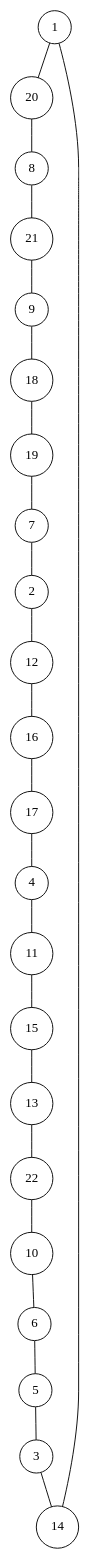
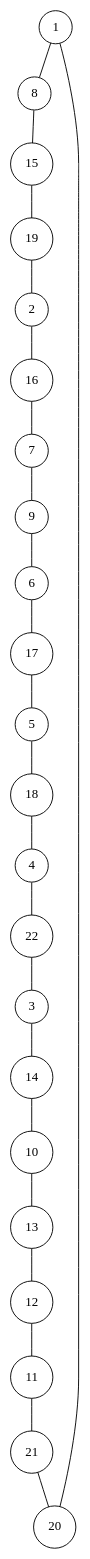
The diagram in data_tsplib/ulysses22/ulysses22.0.dot (lugot/tsp-approximation), drawn with Graphviz before and after one commit. The commit also changed 69 other files, not shown here.

```diff
--- a/data_tsplib/ulysses22/ulysses22.0.dot
+++ b/data_tsplib/ulysses22/ulysses22.0.dot
@@ -1,48 +1,48 @@
 graph ulysses22 {
 	node [shape=circle fillcolor=white]
-	1 [ pos = "18.549600,9.905409!"]
-	2 [ pos = "19.194761,12.684938!"]
-	3 [ pos = "19.674994,12.282319!"]
-	4 [ pos = "17.589134,11.215135!"]
-	5 [ pos = "16.240602,5.112782!"]
-	6 [ pos = "18.219743,5.913170!"]
-	7 [ pos = "18.636915,6.359447!"]
-	8 [ pos = "18.200340,9.915110!"]
-	9 [ pos = "20.000000,4.414261!"]
-	10 [ pos = "19.970895,6.330342!"]
-	11 [ pos = "17.501819,-2.527286!"]
-	12 [ pos = "18.661169,7.339316!"]
-	13 [ pos = "18.505942,7.446034!"]
-	14 [ pos = "18.195489,7.358719!"]
-	15 [ pos = "17.215620,6.946398!"]
-	16 [ pos = "19.092894,9.488237!"]
-	17 [ pos = "18.476837,11.816638!"]
-	18 [ pos = "17.506670,11.156925!"]
-	19 [ pos = "19.616784,6.582585!"]
-	20 [ pos = "19.563425,6.863934!"]
-	21 [ pos = "19.582828,6.902741!"]
-	22 [ pos = "18.224594,10.943488!"]
+	1 [ pos = "4.637400,2.476352!"]
+	2 [ pos = "4.798690,3.171235!"]
+	3 [ pos = "4.918748,3.070580!"]
+	4 [ pos = "4.397284,2.803784!"]
+	5 [ pos = "4.060150,1.278195!"]
+	6 [ pos = "4.554936,1.478293!"]
+	7 [ pos = "4.659229,1.589862!"]
+	8 [ pos = "4.550085,2.478778!"]
+	9 [ pos = "5.000000,1.103565!"]
+	10 [ pos = "4.992724,1.582585!"]
+	11 [ pos = "4.375455,-0.631821!"]
+	12 [ pos = "4.665292,1.834829!"]
+	13 [ pos = "4.626486,1.861509!"]
+	14 [ pos = "4.548872,1.839680!"]
+	15 [ pos = "4.303905,1.736600!"]
+	16 [ pos = "4.773223,2.372059!"]
+	17 [ pos = "4.619209,2.954160!"]
+	18 [ pos = "4.376667,2.789231!"]
+	19 [ pos = "4.904196,1.645646!"]
+	20 [ pos = "4.890856,1.715984!"]
+	21 [ pos = "4.895707,1.725685!"]
+	22 [ pos = "4.556148,2.735872!"]
 
-	5 -- 3
+	1 -- 8
+	2 -- 16
 	3 -- 14
-	14 -- 1
-	1 -- 20
-	20 -- 8
-	8 -- 21
-	21 -- 9
-	9 -- 18
-	18 -- 19
-	19 -- 7
-	7 -- 2
-	2 -- 12
-	12 -- 16
-	16 -- 17
-	17 -- 4
-	4 -- 11
-	11 -- 15
-	15 -- 13
-	13 -- 22
-	22 -- 10
-	10 -- 6
-	6 -- 5
+	4 -- 22
+	5 -- 18
+	6 -- 17
+	7 -- 9
+	8 -- 15
+	9 -- 6
+	10 -- 13
+	11 -- 21
+	12 -- 11
+	13 -- 12
+	14 -- 10
+	15 -- 19
+	16 -- 7
+	17 -- 5
+	18 -- 4
+	19 -- 2
+	20 -- 1
+	21 -- 20
+	22 -- 3
 }
```
